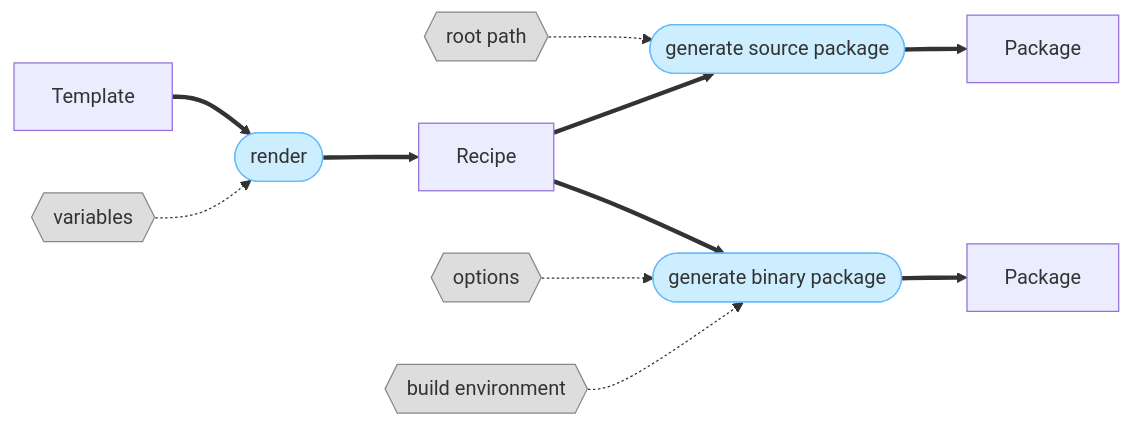
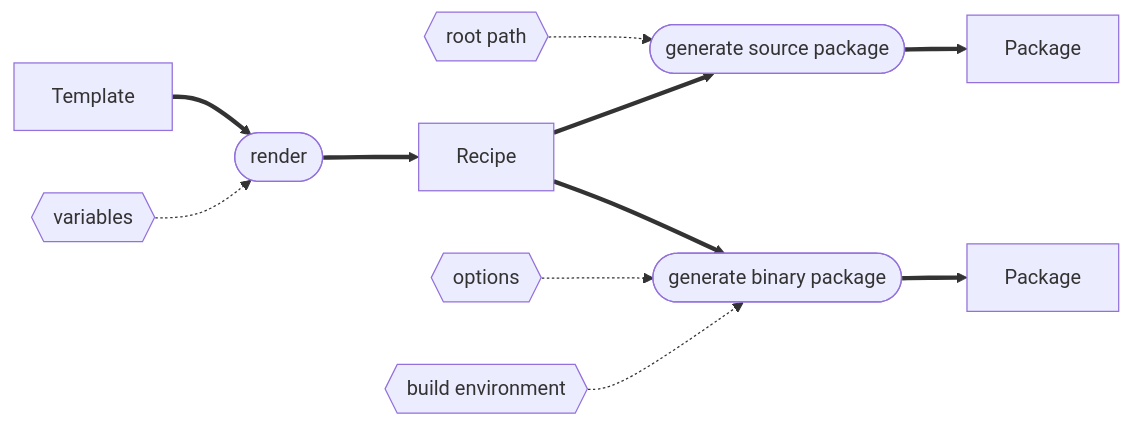
One commit to spkenv/spk changed the first of 2 diagrams in docs/develop/structure.md. Above: the diagram before and after it, drawn with Mermaid. The commit also changed other lines of this file and 9 other files, not shown here.

````diff
--- a/docs/develop/structure.md
+++ b/docs/develop/structure.md
@@ -13,19 +13,14 @@
 ```mermaid
 graph LR;
 
 template[Template] ==> render([render])
 vars{{variables}} -.-> render([render])
 root{{root path}} -.-> generate_s
 render ==> recipe[Recipe]
 recipe ==> generate_s([generate source package])
 recipe ==> generate_b([generate binary package])
 options{{options}} -.-> generate_b
 build_env{{build environment}} -.-> generate_b
 generate_s ==> sp[Package]
 generate_b ==> bp[Package]
-
-classDef input fill:#DDD,stroke:#888;
-classDef process fill:#CEF,stroke:#6BF;
-class vars,root,options,build_env input;
-class render,generate_b,generate_s process;
 ```
````
